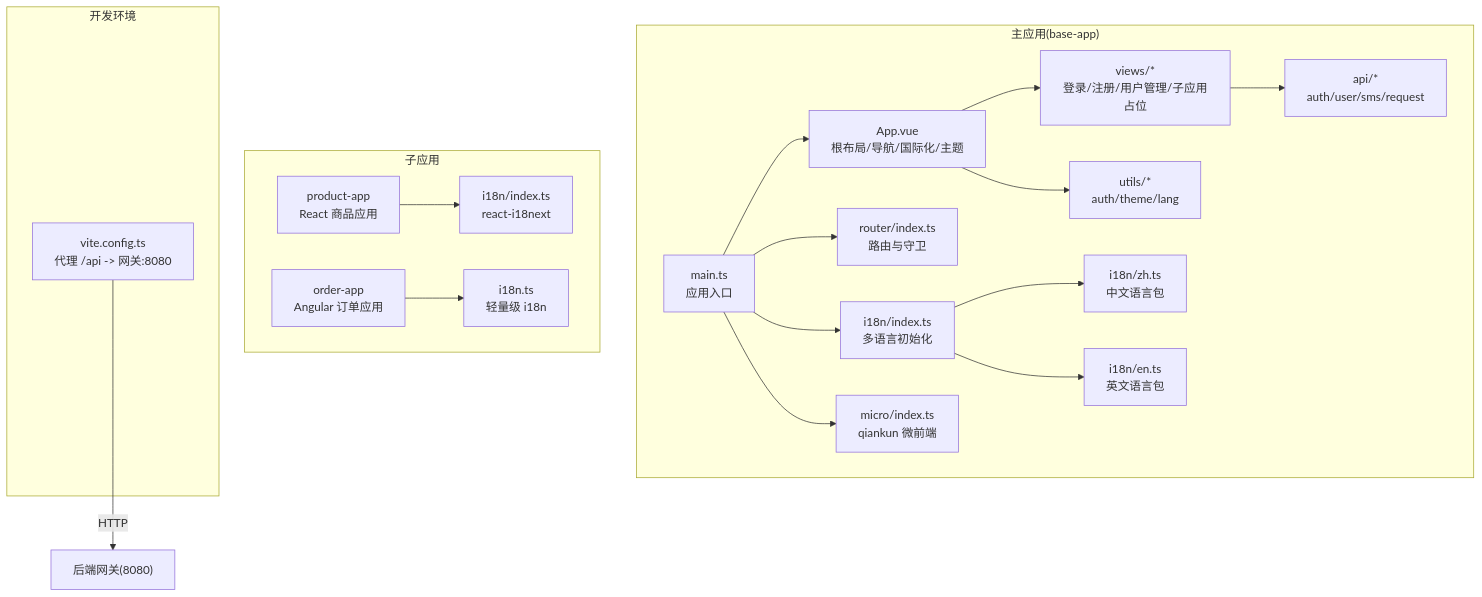
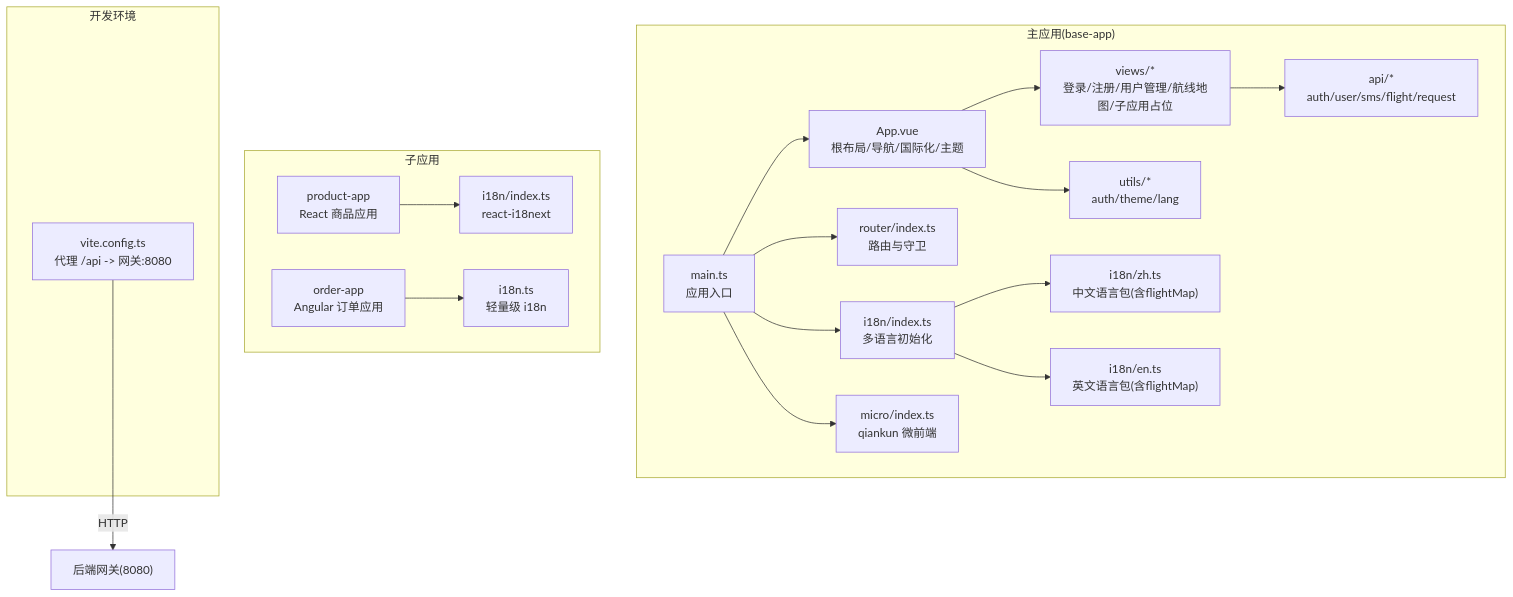
The first of 10 diagrams in .qoder/repowiki/zh/content/前端架构设计/主应用(base-app).md (haohailiang/qoder-fullstack), drawn with Mermaid before and after one commit. The commit also changed other lines of this file and 45 other files, not shown here.

````diff
--- a/.qoder/repowiki/zh/content/前端架构设计/主应用(base-app).md
+++ b/.qoder/repowiki/zh/content/前端架构设计/主应用(base-app).md
@@ -65,22 +65,22 @@
 ```mermaid
 graph TB
 subgraph "主应用(base-app)"
 A["main.ts<br/>应用入口"] --> B["App.vue<br/>根布局/导航/国际化/主题"]
 A --> C["router/index.ts<br/>路由与守卫"]
 A --> D["i18n/index.ts<br/>多语言初始化"]
 A --> E["micro/index.ts<br/>qiankun 微前端"]
-B --> F["views/*<br/>登录/注册/用户管理/子应用占位"]
+B --> F["views/*<br/>登录/注册/用户管理/航线地图/子应用占位"]
 B --> G["utils/*<br/>auth/theme/lang"]
-F --> H["api/*<br/>auth/user/sms/request"]
-D --> I["i18n/zh.ts<br/>中文语言包"]
-D --> J["i18n/en.ts<br/>英文语言包"]
+F --> H["api/*<br/>auth/user/sms/flight/request"]
+D --> I["i18n/zh.ts<br/>中文语言包(含flightMap)"]
+D --> J["i18n/en.ts<br/>英文语言包(含flightMap)"]
 end
 subgraph "子应用"
 K["product-app<br/>React 商品应用"] --> L["i18n/index.ts<br/>react-i18next"]
 M["order-app<br/>Angular 订单应用"] --> N["i18n.ts<br/>轻量级 i18n"]
 end
 subgraph "开发环境"
 O["vite.config.ts<br/>代理 /api -> 网关:8080"]
 end
 O --> |"HTTP"| 网关["后端网关(8080)"]
 ```
````
